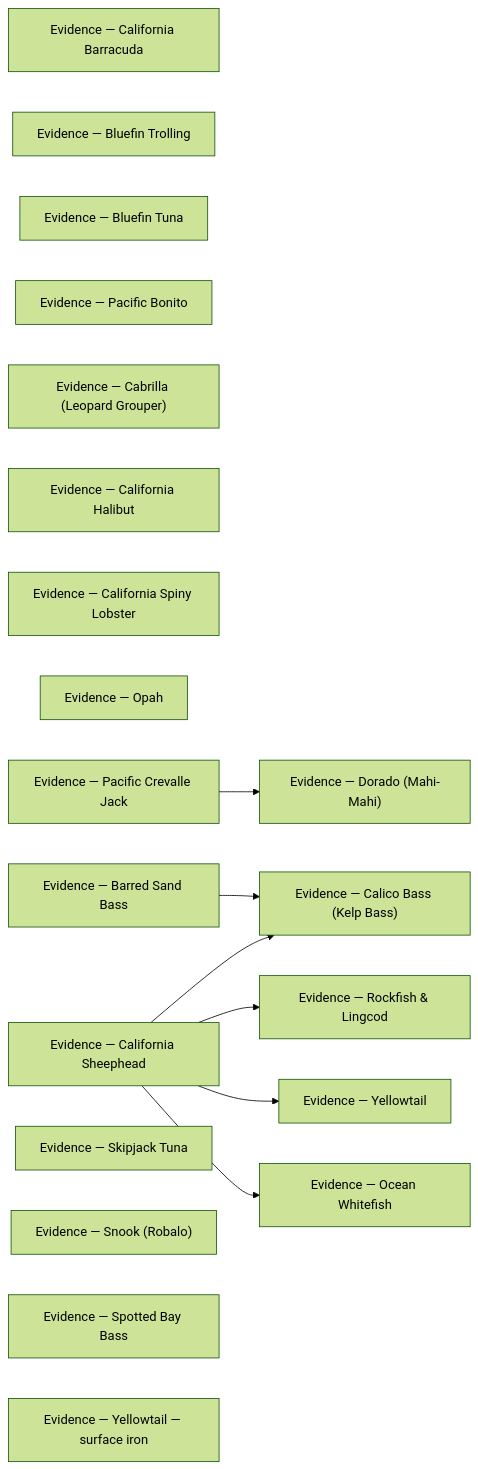
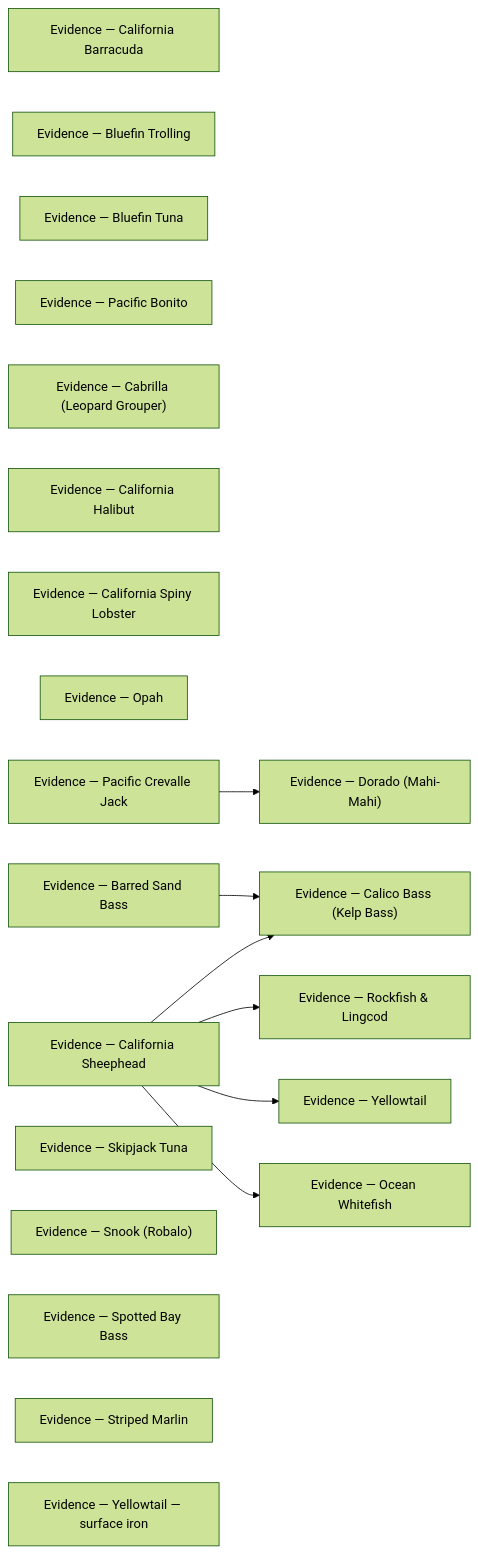
The diagram in species/evidence/README.md (camchuckpete-max/Socal-Fishing-Knowledge), drawn with Mermaid (forest theme) before and after one commit. The commit also changed other lines of this file and 31 other files, not shown here.

Commit message:
review: species/striped-marlin.md — transform

````diff
--- a/species/evidence/README.md
+++ b/species/evidence/README.md
@@ -33,29 +34,30 @@
 ```mermaid
 graph LR
   n0["Evidence — California Barracuda"]
   n1["Evidence — Bluefin Trolling"]
   n2["Evidence — Bluefin Tuna"]
   n3["Evidence — Pacific Bonito"]
   n4["Evidence — Cabrilla (Leopard Grouper)"]
   n5["Evidence — Calico Bass (Kelp Bass)"]
   n6["Evidence — California Halibut"]
   n7["Evidence — California Spiny Lobster"]
   n8["Evidence — Dorado (Mahi-Mahi)"]
   n9["Evidence — Ocean Whitefish"]
   n10["Evidence — Opah"]
   n11["Evidence — Pacific Crevalle Jack"]
   n12["Evidence — Rockfish & Lingcod"]
   n13["Evidence — Barred Sand Bass"]
   n14["Evidence — California Sheephead"]
   n15["Evidence — Skipjack Tuna"]
   n16["Evidence — Snook (Robalo)"]
   n17["Evidence — Spotted Bay Bass"]
-  n18["Evidence — Yellowtail — surface iron"]
-  n19["Evidence — Yellowtail"]
+  n18["Evidence — Striped Marlin"]
+  n19["Evidence — Yellowtail — surface iron"]
+  n20["Evidence — Yellowtail"]
   n11 --> n8
   n13 --> n5
   n14 --> n12
-  n14 --> n19
+  n14 --> n20
   n14 --> n5
   n14 --> n9
 ```
````
